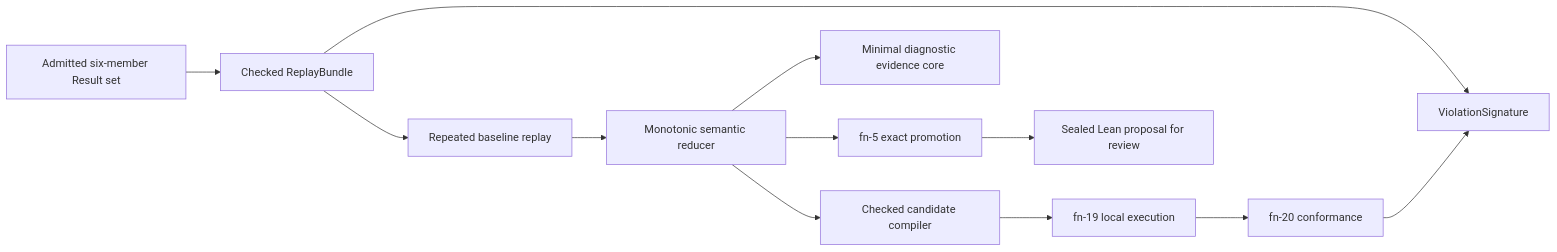
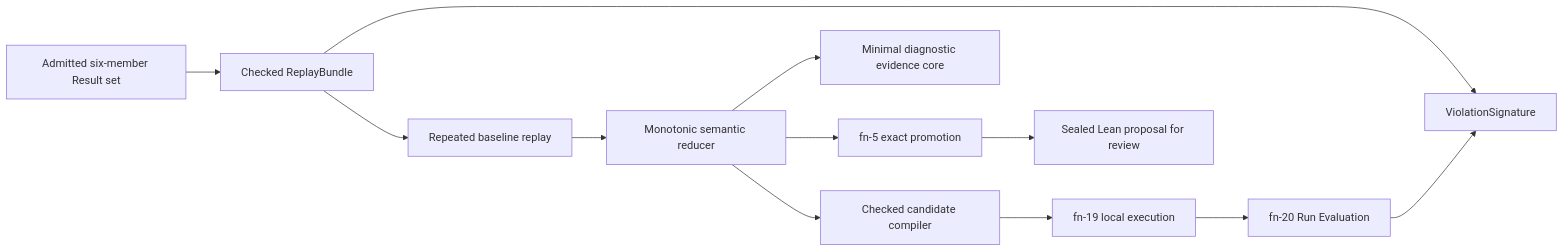
One commit to stephanos/temporal changed the diagram in .flow/specs/fn-22-deterministic-replay-semantic.md. Above: the diagram before and after it, drawn with Mermaid. The commit also changed other lines of this file and 277 other files, not shown here.

````diff
--- a/.flow/specs/fn-22-deterministic-replay-semantic.md
+++ b/.flow/specs/fn-22-deterministic-replay-semantic.md
@@ -29,14 +29,14 @@
 ```mermaid
 flowchart LR
   A[Admitted six-member Result set] --> B[Checked ReplayBundle]
   B --> S[ViolationSignature]
   B --> R[Repeated baseline replay]
   R --> M[Monotonic semantic reducer]
   M --> C[Checked candidate compiler]
   C --> E[fn-19 local execution]
-  E --> Q[fn-20 conformance]
+  E --> Q[fn-20 Run Evaluation]
   Q --> S
   M --> W[Minimal diagnostic evidence core]
   M --> P[fn-5 exact promotion]
   P --> L[Sealed Lean proposal for review]
 ```
````
